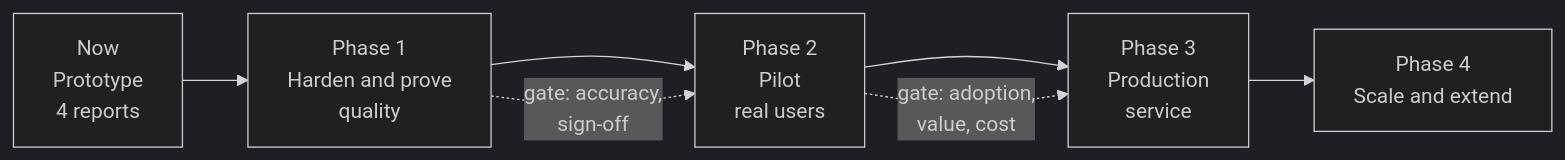
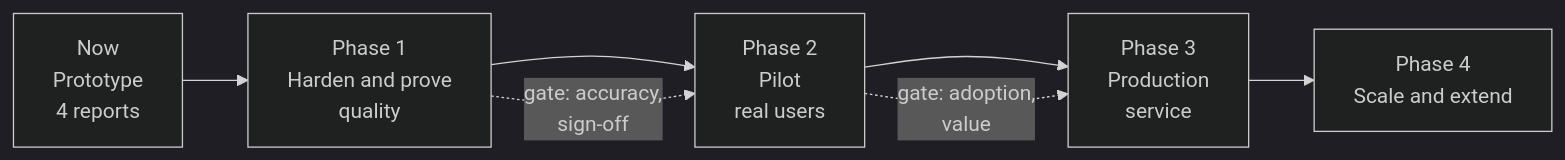
One commit to PradeepDhawanRedburn/research-ai-poc changed the diagram in docs/NEXT_STEPS.md. Above: the diagram before and after it, drawn with Mermaid (dark theme). The commit also changed other lines of this file and 33 other files, not shown here.

````diff
--- a/docs/NEXT_STEPS.md
+++ b/docs/NEXT_STEPS.md
@@ -26,9 +26,9 @@
 ```mermaid
 flowchart LR
     P0["Now<br/>Prototype<br/>4 reports"] --> P1["Phase 1<br/>Harden and prove<br/>quality"]
     P1 --> P2["Phase 2<br/>Pilot<br/>real users"]
     P2 --> P3["Phase 3<br/>Production<br/>service"]
     P3 --> P4["Phase 4<br/>Scale and extend"]
     P1 -.gate: accuracy,<br/>sign-off.-> P2
-    P2 -.gate: adoption,<br/>value, cost.-> P3
+    P2 -.gate: adoption,<br/>value.-> P3
 ```
````
